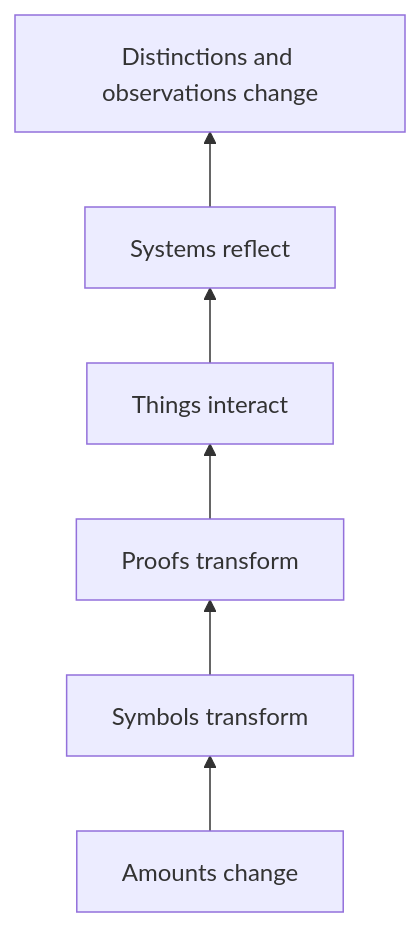
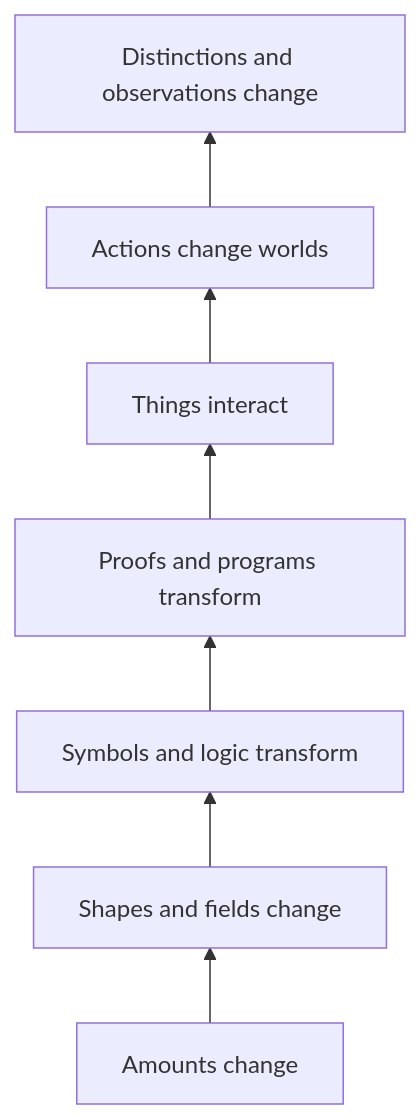
Before and after one commit to PaulTiffany/calculi: the diagram in start/03-why-many-calculi.md, drawn with Mermaid. The commit also changed other lines of this file, not shown here.

````diff
--- a/start/03-why-many-calculi.md
+++ b/start/03-why-many-calculi.md
@@ -29,8 +29,9 @@
 ```mermaid
 flowchart BT
-    A["Amounts change"] --> B["Symbols transform"]
-    B --> C["Proofs transform"]
-    C --> D["Things interact"]
-    D --> E["Systems reflect"]
-    E --> F["Distinctions and observations change"]
+    A["Amounts change"] --> B["Shapes and fields change"]
+    B --> C["Symbols and logic transform"]
+    C --> D["Proofs and programs transform"]
+    D --> E["Things interact"]
+    E --> F["Actions change worlds"]
+    F --> G["Distinctions and observations change"]
 ```
````
